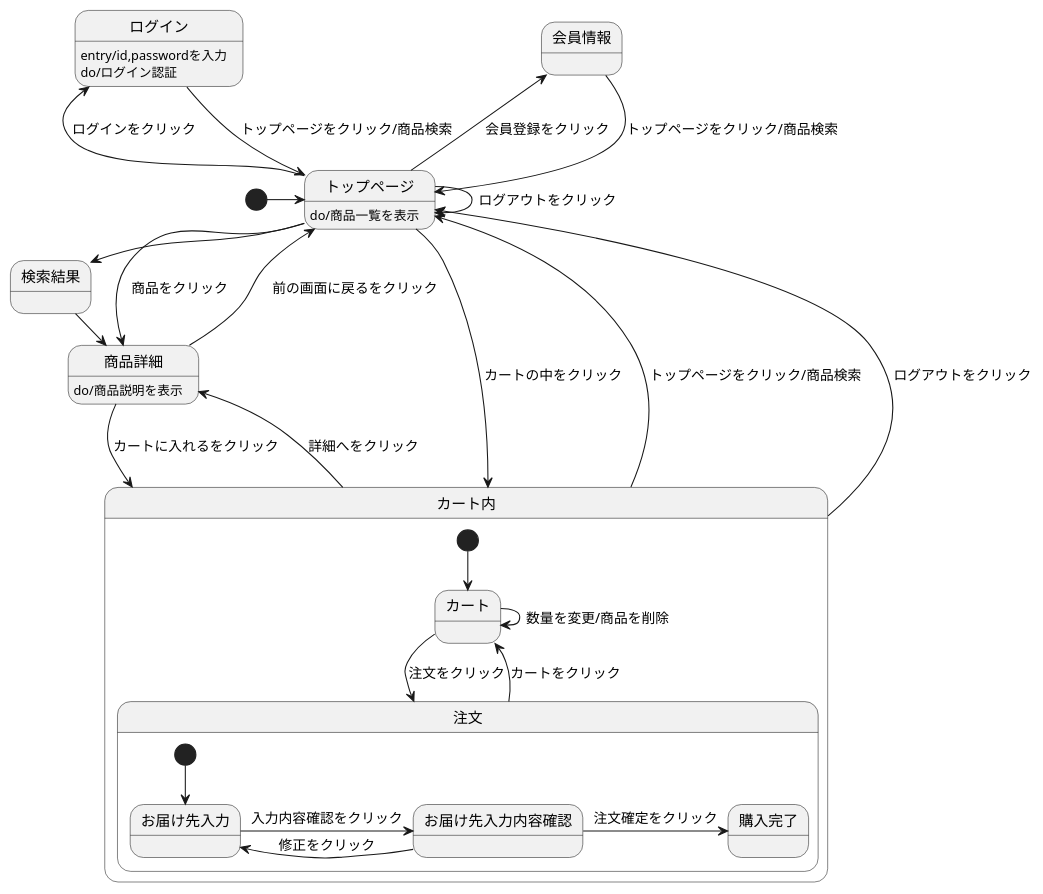
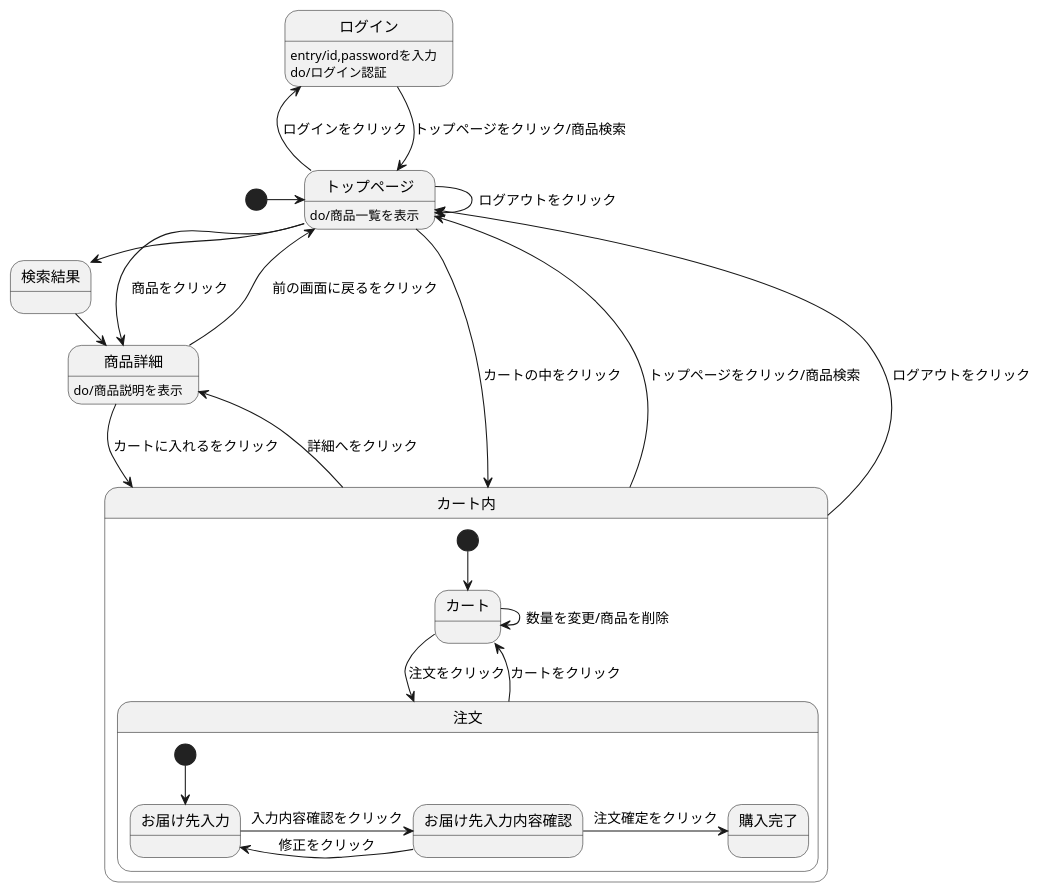
The diagram in src2/md/状態遷移図.md (Aso2001369/2021sys-design), drawn with PlantUML before and after one commit.

````diff
--- a/src2/md/状態遷移図.md
+++ b/src2/md/状態遷移図.md
@@ -1,37 +1,35 @@
 ```uml
 @startuml
 
 [*] -> トップページ
-会員情報 --> トップページ : トップページをクリック/商品検索
 ログイン --> トップページ : トップページをクリック/商品検索
 ログイン : entry/id,passwordを入力
 ログイン : do/ログイン認証
 トップページ --> トップページ : ログアウトをクリック
 トップページ -> 検索結果 : 商品検索
 トップページ -> 商品詳細 : 商品をクリック
-トップページ -left-> 会員情報 : 会員登録をクリック
 トップページ -left-> ログイン : ログインをクリック
 トップページ --> カート内 : カートの中をクリック
 トップページ : do/商品一覧を表示
 検索結果 -> 商品詳細 : 商品をクリック
 商品詳細 --> カート内 : カートに入れるをクリック
 商品詳細 --> トップページ : 前の画面に戻るをクリック
 商品詳細 : do/商品説明を表示
 カート内 -up-> トップページ : トップページをクリック/商品検索
 カート内 -up-> トップページ : ログアウトをクリック
 カート内 -> 商品詳細 : 詳細へをクリック
 
 state カート内 {
   [*] --> カート
   カート -> 注文 : 注文をクリック
   カート -> カート : 数量を変更/商品を削除
   注文 --> カート : カートをクリック
   state 注文 {
     [*] --> お届け先入力
     お届け先入力 -> お届け先入力内容確認 : 入力内容確認をクリック
     お届け先入力内容確認 -> お届け先入力 : 修正をクリック
     お届け先入力内容確認 -> 購入完了 : 注文確定をクリック
   }
  }
 @enduml
 ```
````
